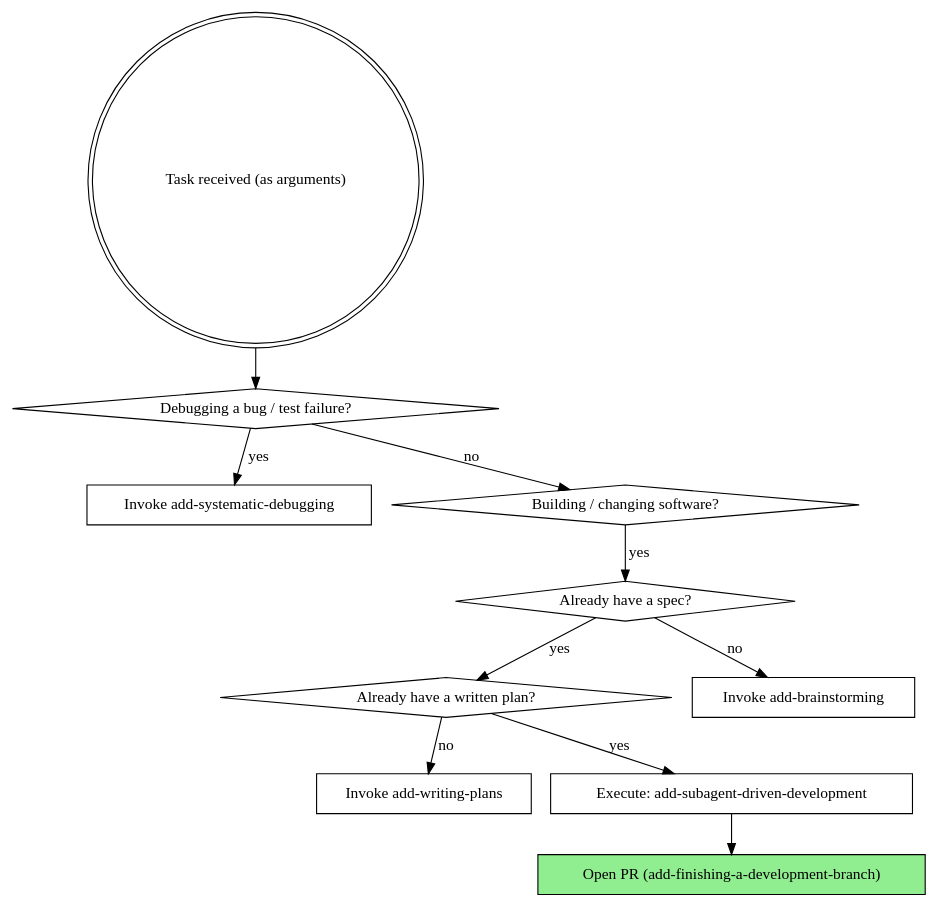
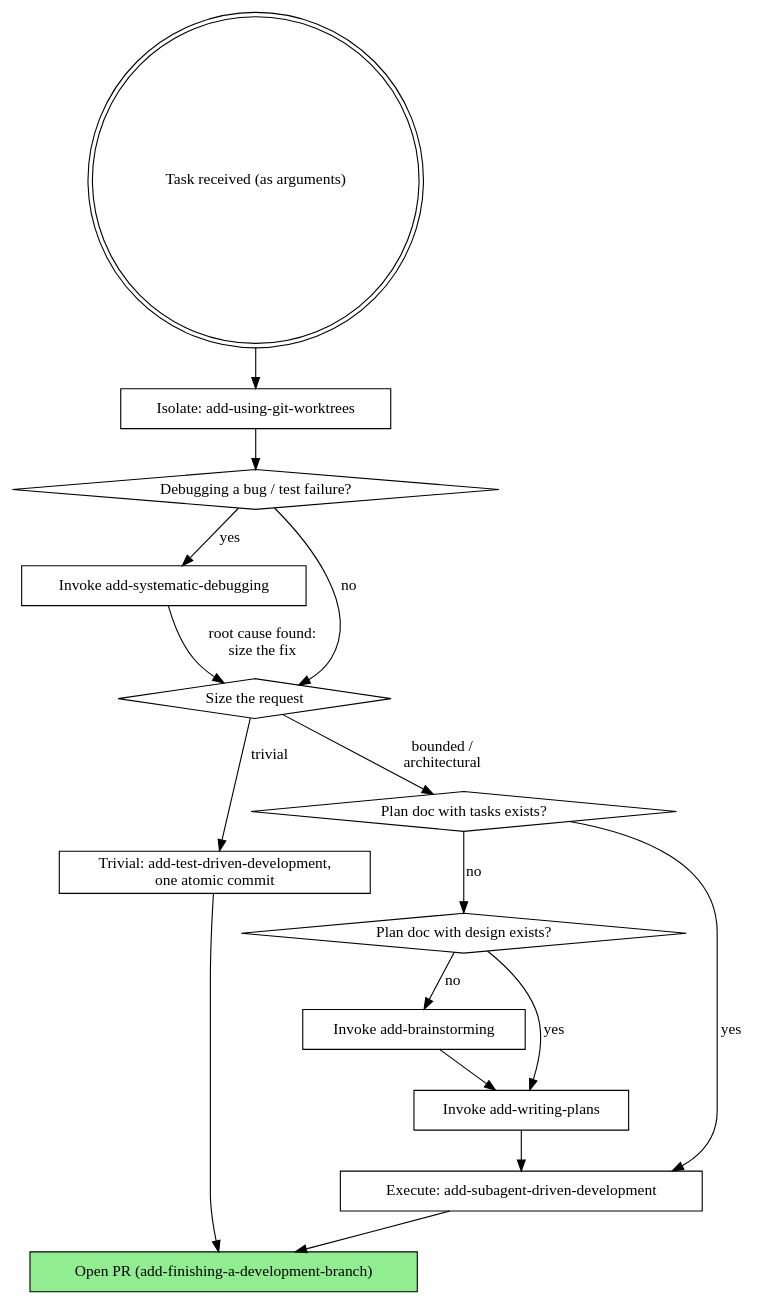
Before and after one commit to spenserhale/agentic-driven-development: the diagram in skills/agentic-driven-development/SKILL.md, drawn with Graphviz. The commit also changed other lines of this file and 26 other files, not shown here.

````diff
--- a/skills/agentic-driven-development/SKILL.md
+++ b/skills/agentic-driven-development/SKILL.md
@@ -70,26 +93,34 @@
 ```dot
 digraph workflow_entry {
     "Task received (as arguments)" [shape=doublecircle];
+    "Isolate: add-using-git-worktrees" [shape=box];
     "Debugging a bug / test failure?" [shape=diamond];
     "Invoke add-systematic-debugging" [shape=box];
-    "Building / changing software?" [shape=diamond];
-    "Already have a spec?" [shape=diamond];
-    "Already have a written plan?" [shape=diamond];
+    "Size the request" [shape=diamond];
+    "Trivial: add-test-driven-development,\none atomic commit" [shape=box];
+    "Plan doc with tasks exists?" [shape=diamond];
+    "Plan doc with design exists?" [shape=diamond];
     "Invoke add-brainstorming" [shape=box];
     "Invoke add-writing-plans" [shape=box];
     "Execute: add-subagent-driven-development" [shape=box];
     "Open PR (add-finishing-a-development-branch)" [shape=box style=filled fillcolor=lightgreen];
 
-    "Task received (as arguments)" -> "Debugging a bug / test failure?";
+    "Task received (as arguments)" -> "Isolate: add-using-git-worktrees";
+    "Isolate: add-using-git-worktrees" -> "Debugging a bug / test failure?";
     "Debugging a bug / test failure?" -> "Invoke add-systematic-debugging" [label="yes"];
-    "Debugging a bug / test failure?" -> "Building / changing software?" [label="no"];
+    "Invoke add-systematic-debugging" -> "Size the request" [label="root cause found:\nsize the fix"];
+    "Debugging a bug / test failure?" -> "Size the request" [label="no"];
 
-    "Building / changing software?" -> "Already have a spec?" [label="yes"];
+    "Size the request" -> "Trivial: add-test-driven-development,\none atomic commit" [label="trivial"];
+    "Trivial: add-test-driven-development,\none atomic commit" -> "Open PR (add-finishing-a-development-branch)";
+    "Size the request" -> "Plan doc with tasks exists?" [label="bounded /\narchitectural"];
 
-    "Already have a spec?" -> "Invoke add-brainstorming" [label="no"];
-    "Already have a spec?" -> "Already have a written plan?" [label="yes"];
-    "Already have a written plan?" -> "Invoke add-writing-plans" [label="no"];
-    "Already have a written plan?" -> "Execute: add-subagent-driven-development" [label="yes"];
+    "Plan doc with tasks exists?" -> "Execute: add-subagent-driven-development" [label="yes"];
+    "Plan doc with tasks exists?" -> "Plan doc with design exists?" [label="no"];
+    "Plan doc with design exists?" -> "Invoke add-writing-plans" [label="yes"];
+    "Plan doc with design exists?" -> "Invoke add-brainstorming" [label="no"];
+    "Invoke add-brainstorming" -> "Invoke add-writing-plans";
+    "Invoke add-writing-plans" -> "Execute: add-subagent-driven-development";
     "Execute: add-subagent-driven-development" -> "Open PR (add-finishing-a-development-branch)";
 }
 ```
````
